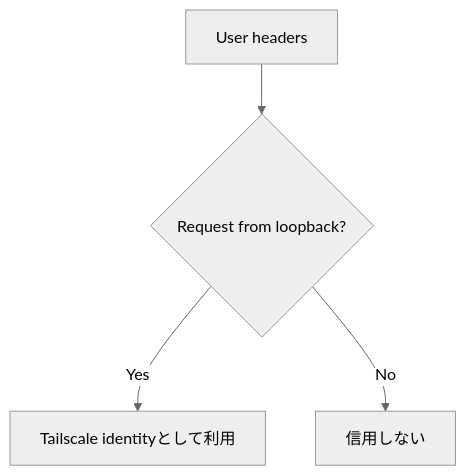
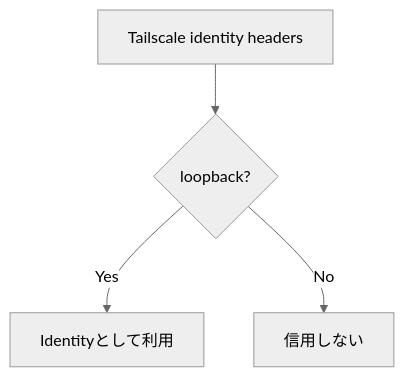
The second of 4 diagrams in docs/SECURITY.md (k-systems202208/python-sqlite-tailscale-webapp-template), drawn with Mermaid (neutral theme) before and after one commit. The commit also changed other lines of this file and 42 other files, not shown here.

````diff
--- a/docs/SECURITY.md
+++ b/docs/SECURITY.md
@@ -40,6 +33,6 @@
 ```mermaid
 flowchart TD
-    H["User headers"] --> L{"Request from loopback?"}
-    L -->|"Yes"| T["Tailscale identityとして利用"]
+    H["Tailscale identity headers"] --> L{"loopback?"}
+    L -->|"Yes"| T["Identityとして利用"]
     L -->|"No"| N["信用しない"]
 ```
````
